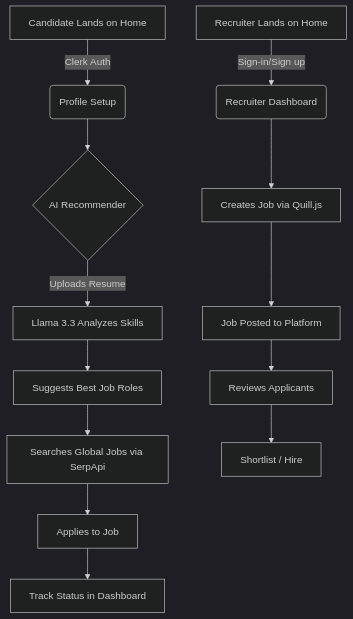
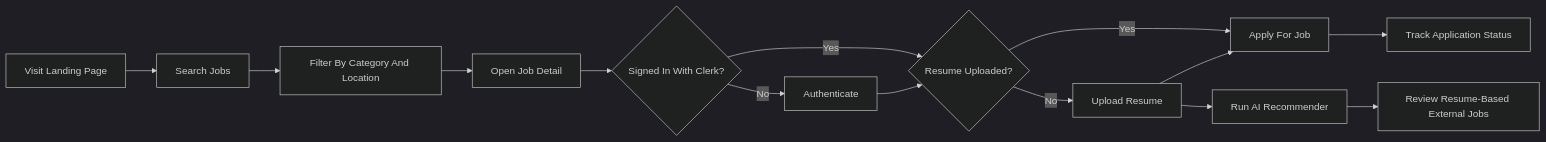
One commit to SarthakDudhe/InsiderJobs changed the first of 8 diagrams in README.md. Above: the diagram before and after it, drawn with Mermaid (dark theme). The commit also changed other lines of this file, not shown here.

Commit message:
Enhance README.md: Update project description, add visual placeholders, and restructure sections for clarity. Improve feature showcase and technical details, including API reference and environment variable setup.

````diff
--- a/README.md
+++ b/README.md
@@ -91,16 +183,16 @@
 ```mermaid
-graph TD
-    A[Candidate Lands on Home] -->|Clerk Auth| B(Profile Setup)
-    B --> C{AI Recommender}
-    C -->|Uploads Resume| D[Llama 3.3 Analyzes Skills]
-    D --> E[Suggests Best Job Roles]
-    E --> F[Searches Global Jobs via SerpApi]
-    F --> G[Applies to Job]
-    G --> H[Track Status in Dashboard]
-    
-    I[Recruiter Lands on Home] -->|Sign-in/Sign up| J(Recruiter Dashboard)
-    J --> K[Creates Job via Quill.js]
-    K --> L[Job Posted to Platform]
-    L --> M[Reviews Applicants]
-    M --> N[Shortlist / Hire]
+flowchart LR
+  A[Visit Landing Page] --> B[Search Jobs]
+  B --> C[Filter By Category And Location]
+  C --> D[Open Job Detail]
+  D --> E{Signed In With Clerk?}
+  E -- No --> F[Authenticate]
+  E -- Yes --> G{Resume Uploaded?}
+  F --> G
+  G -- No --> H[Upload Resume]
+  G -- Yes --> I[Apply For Job]
+  H --> I
+  I --> J[Track Application Status]
+  H --> K[Run AI Recommender]
+  K --> L[Review Resume-Based External Jobs]
 ```
````
